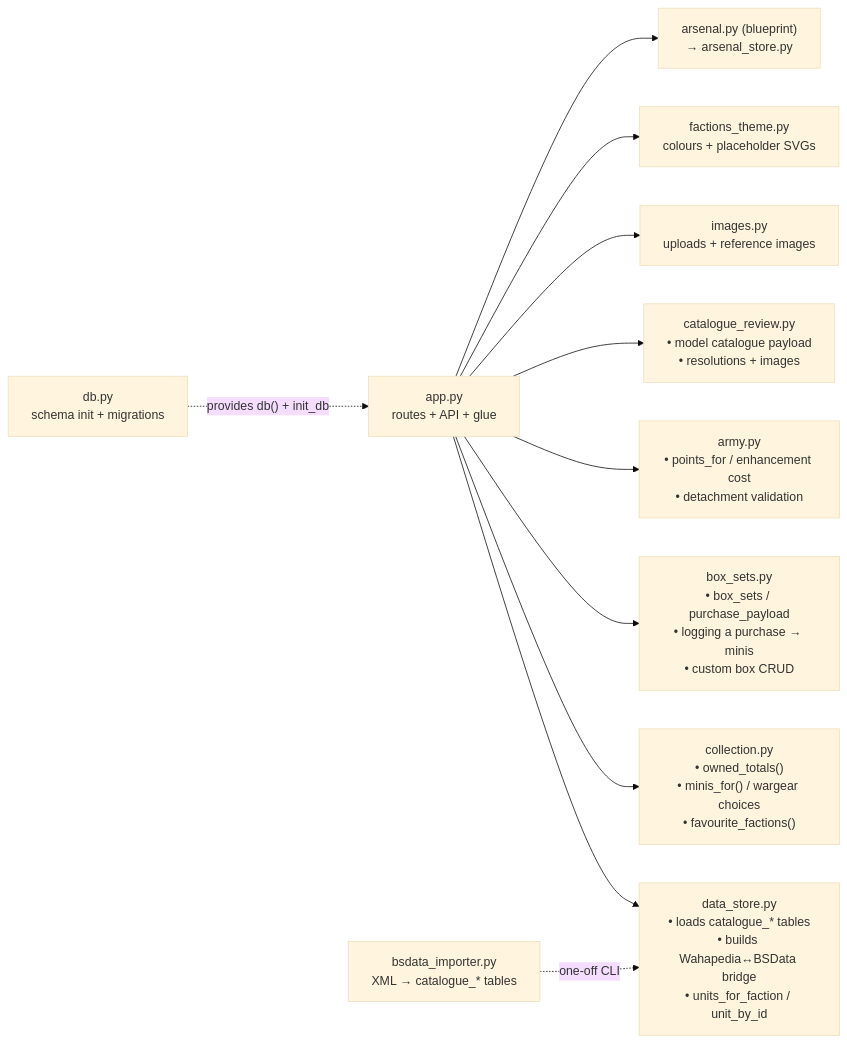
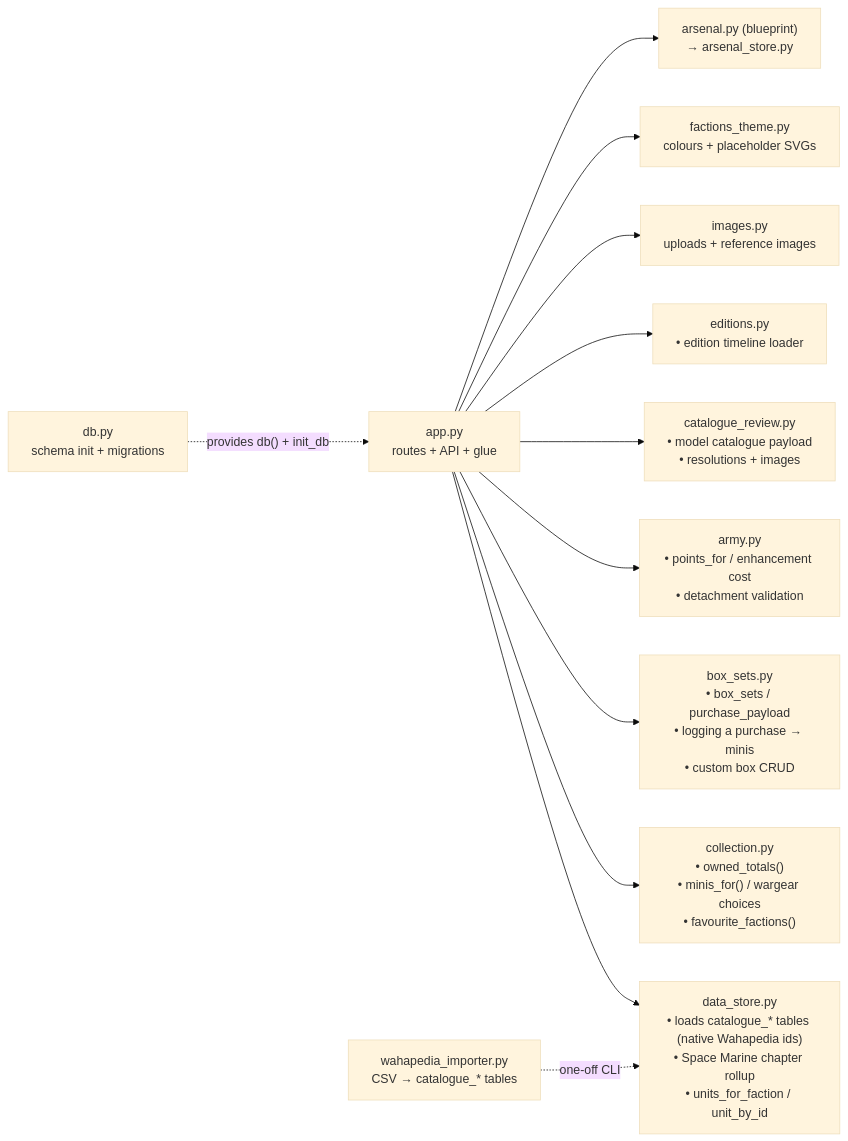
One commit to Unfunded8495/Codex-Armorum changed the fifth of 12 diagrams in CODEX_ARMORUM_APP_MAP.md. Above: the diagram before and after it, drawn with Mermaid (base theme). The commit also changed other lines of this file and 14 other files, not shown here.

````diff
--- a/CODEX_ARMORUM_APP_MAP.md
+++ b/CODEX_ARMORUM_APP_MAP.md
@@ -221,16 +228,17 @@
 ```mermaid
 flowchart LR
     apppy["app.py<br/>routes + API + glue"]
 
-    apppy --> data_store["data_store.py<br/>• loads catalogue_* tables<br/>• builds Wahapedia↔BSData bridge<br/>• units_for_faction / unit_by_id"]
+    apppy --> data_store["data_store.py<br/>• loads catalogue_* tables (native Wahapedia ids)<br/>• Space Marine chapter rollup<br/>• units_for_faction / unit_by_id"]
     apppy --> collection["collection.py<br/>• owned_totals()<br/>• minis_for() / wargear choices<br/>• favourite_factions()"]
     apppy --> box_sets["box_sets.py<br/>• box_sets / purchase_payload<br/>• logging a purchase → minis<br/>• custom box CRUD"]
     apppy --> army["army.py<br/>• points_for / enhancement cost<br/>• detachment validation"]
     apppy --> catalogue_review["catalogue_review.py<br/>• model catalogue payload<br/>• resolutions + images"]
+    apppy --> editions["editions.py<br/>• edition timeline loader"]
     apppy --> images["images.py<br/>uploads + reference images"]
     apppy --> factions_theme["factions_theme.py<br/>colours + placeholder SVGs"]
     apppy --> arsenal["arsenal.py (blueprint)<br/>→ arsenal_store.py"]
 
     db["db.py<br/>schema init + migrations"] -.provides db() + init_db.-> apppy
-    bsdata["bsdata_importer.py<br/>XML → catalogue_* tables"] -.one-off CLI.-> data_store
+    wahapedia["wahapedia_importer.py<br/>CSV → catalogue_* tables"] -.one-off CLI.-> data_store
 ```
````
